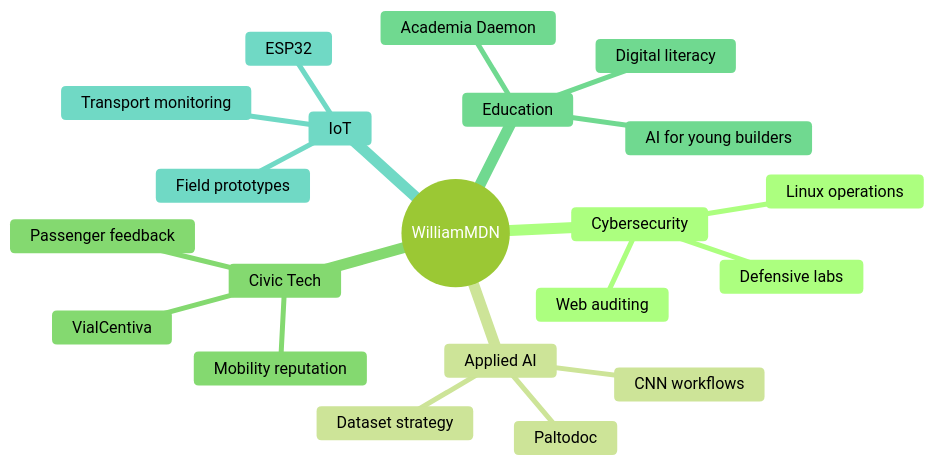
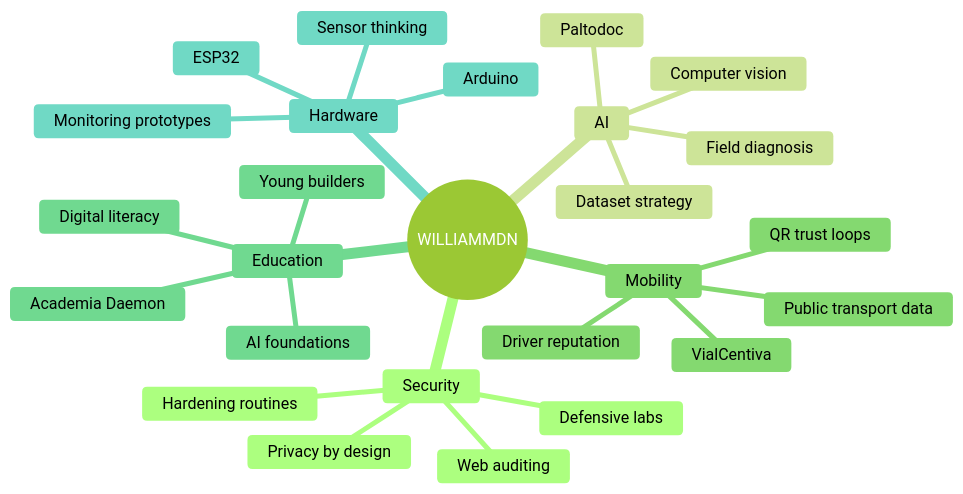
The second of 2 diagrams in README.md (WILLIAMMDN/WILLIAMMDN), drawn with Mermaid (forest theme) before and after one commit. The commit also changed other lines of this file and 9 other files, not shown here.

````diff
--- a/README.md
+++ b/README.md
@@ -167,24 +159,29 @@
 ```mermaid
 mindmap
-  root((WilliamMDN))
-    Cybersecurity
+  root((WILLIAMMDN))
+    Security
       Defensive labs
       Web auditing
-      Linux operations
-    Applied AI
+      Hardening routines
+      Privacy by design
+    AI
+      Computer vision
+      Dataset strategy
       Paltodoc
-      CNN workflows
-      Dataset strategy
-    Civic Tech
+      Field diagnosis
+    Mobility
       VialCentiva
-      Mobility reputation
-      Passenger feedback
+      QR trust loops
+      Driver reputation
+      Public transport data
     Education
       Academia Daemon
       Digital literacy
-      AI for young builders
-    IoT
+      AI foundations
+      Young builders
+    Hardware
       ESP32
-      Transport monitoring
-      Field prototypes
+      Arduino
+      Sensor thinking
+      Monitoring prototypes
 ```
````
